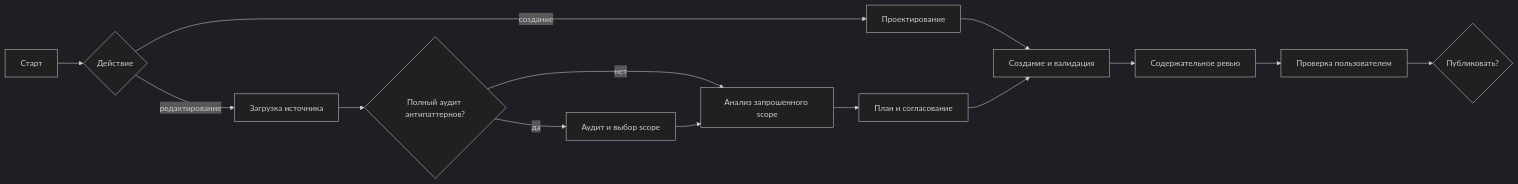
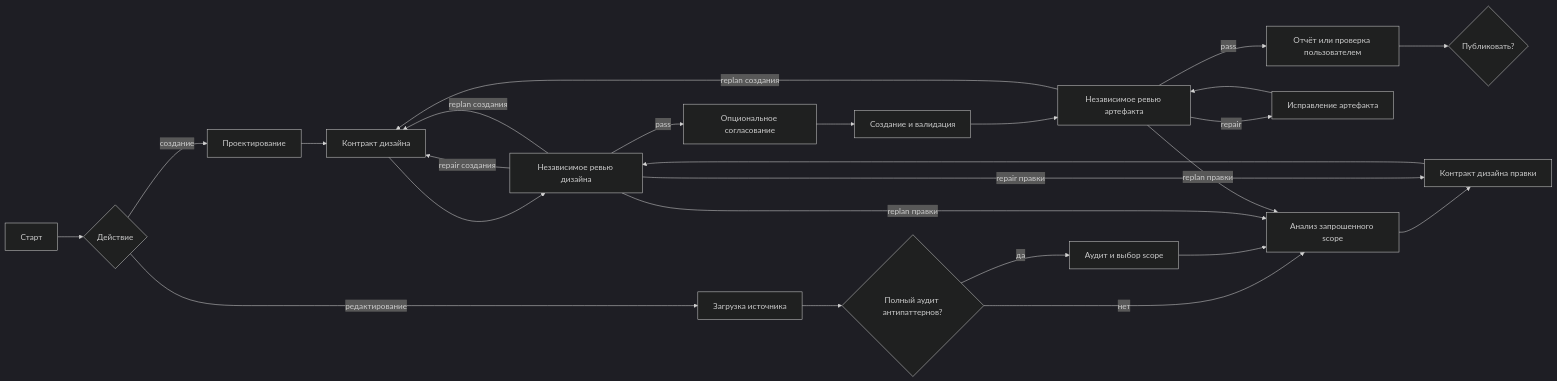
Before and after one commit to moira-mcp/moira: diagram 13 of 13 in packages/docs/src/content/docs/ru/docs/reference/workflow-templates.mdx, drawn with Mermaid (dark theme). The commit also changed other lines of this file and 7 other files, not shown here.

````diff
--- a/packages/docs/src/content/docs/ru/docs/reference/workflow-templates.mdx
+++ b/packages/docs/src/content/docs/ru/docs/reference/workflow-templates.mdx
@@ -340,16 +340,27 @@
 ```mermaid
 flowchart LR
     A[Старт] --> B{Действие}
     B -->|создание| C[Проектирование]
     B -->|редактирование| D[Загрузка источника]
     D --> E{Полный аудит антипаттернов?}
     E -->|да| F[Аудит и выбор scope]
     E -->|нет| G[Анализ запрошенного scope]
     F --> G
-    C --> H[Создание и валидация]
-    G --> I[План и согласование]
-    I --> H
-    H --> J[Содержательное ревью]
-    J --> K[Проверка пользователем]
-    K --> L{Публиковать?}
+    C --> H[Контракт дизайна]
+    G --> I[Контракт дизайна правки]
+    H --> J[Независимое ревью дизайна]
+    I --> J
+    J -->|repair создания| H
+    J -->|repair правки| I
+    J -->|replan создания| H
+    J -->|replan правки| G
+    J -->|pass| K[Опциональное согласование]
+    K --> L[Создание и валидация]
+    L --> M[Независимое ревью артефакта]
+    M -->|repair| P[Исправление артефакта]
+    P --> M
+    M -->|replan создания| H
+    M -->|replan правки| G
+    M -->|pass| N[Отчёт или проверка пользователем]
+    N --> O{Публиковать?}
 ```
````
